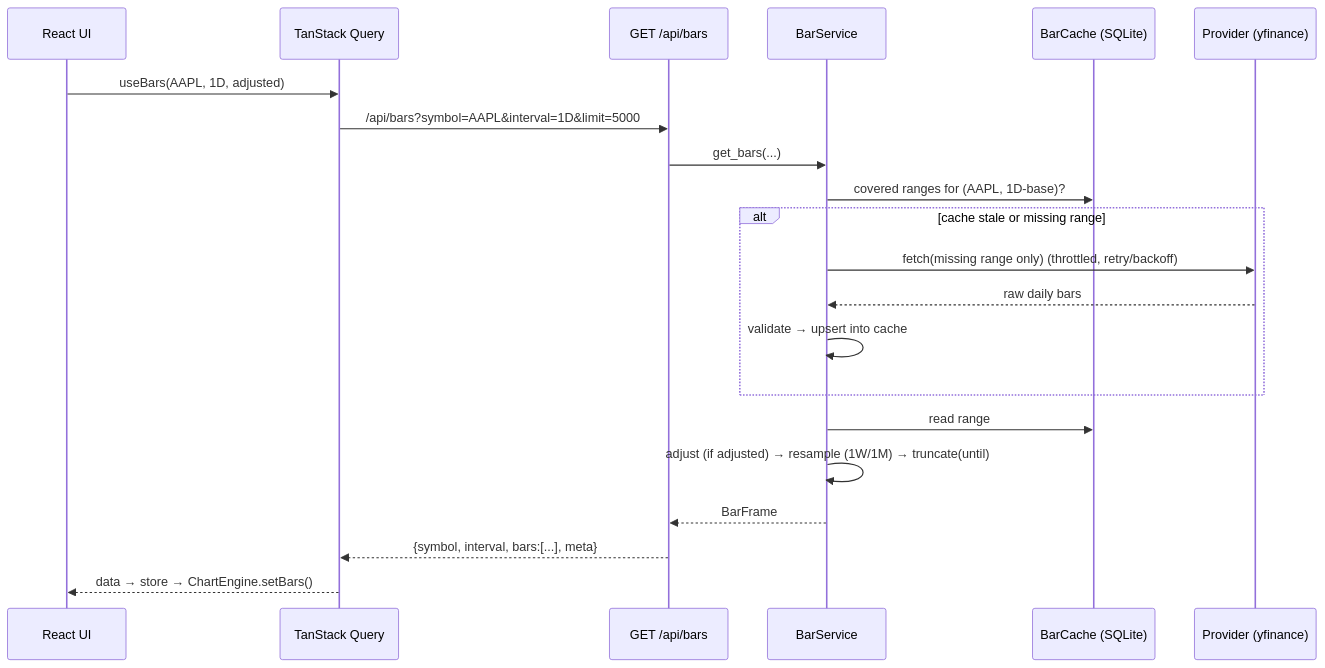
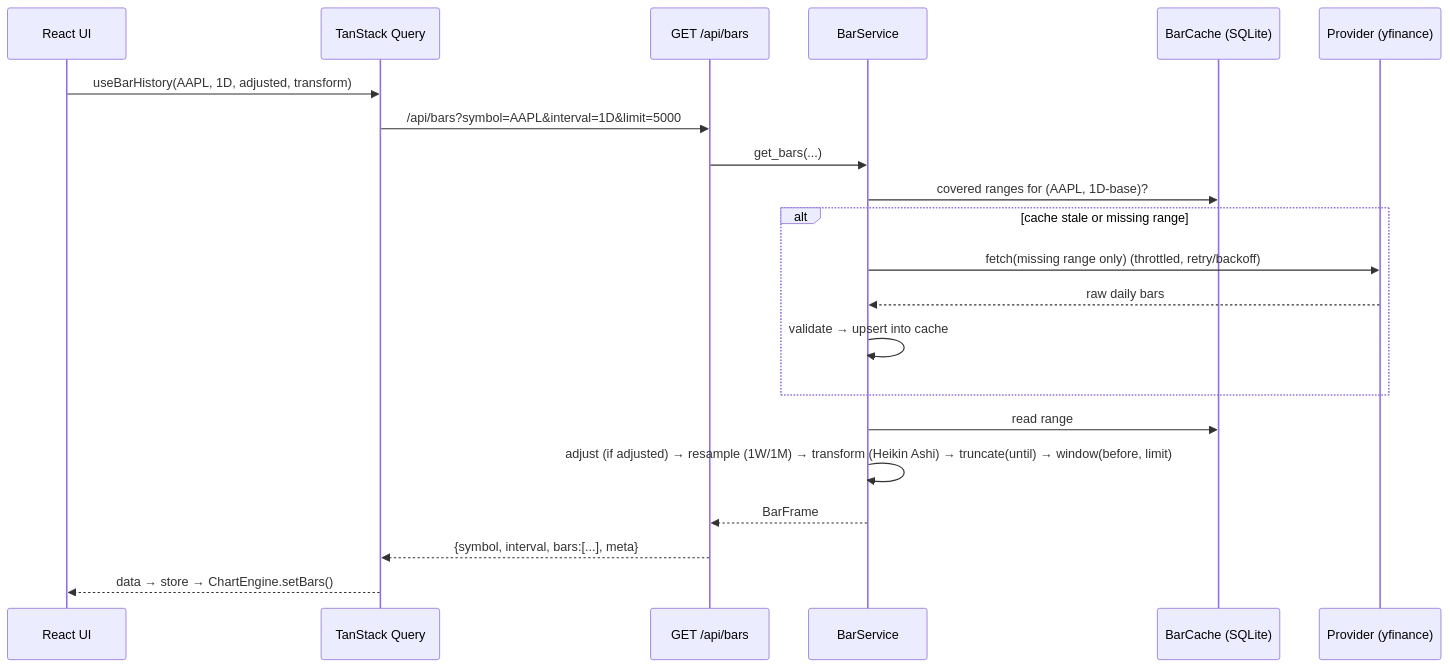
One commit to tamirgabgab/trade-nig-view changed the second of 2 diagrams in docs/ARCHITECTURE.md. Above: the diagram before and after it, drawn with Mermaid. The commit also changed other lines of this file and 4 other files, not shown here.

First line of the commit message:
docs: close R2b (handoff, roadmap, plan, lookback contract)

````diff
--- a/docs/ARCHITECTURE.md
+++ b/docs/ARCHITECTURE.md
@@ -99,23 +99,23 @@
 ```mermaid
 sequenceDiagram
   participant UI as React UI
   participant Q as TanStack Query
   participant B as GET /api/bars
   participant S as BarService
   participant C as BarCache (SQLite)
   participant P as Provider (yfinance)
-  UI->>Q: useBars(AAPL, 1D, adjusted)
+  UI->>Q: useBarHistory(AAPL, 1D, adjusted, transform)
   Q->>B: /api/bars?symbol=AAPL&interval=1D&limit=5000
   B->>S: get_bars(...)
   S->>C: covered ranges for (AAPL, 1D-base)?
   alt cache stale or missing range
     S->>P: fetch(missing range only)   (throttled, retry/backoff)
     P-->>S: raw daily bars
     S->>S: validate → upsert into cache
   end
   S->>C: read range
-  S->>S: adjust (if adjusted) → resample (1W/1M) → truncate(until)
+  S->>S: adjust (if adjusted) → resample (1W/1M) → transform (Heikin Ashi) → truncate(until) → window(before, limit)
   S-->>B: BarFrame
   B-->>Q: {symbol, interval, bars:[...], meta}
   Q-->>UI: data → store → ChartEngine.setBars()
 ```
````
